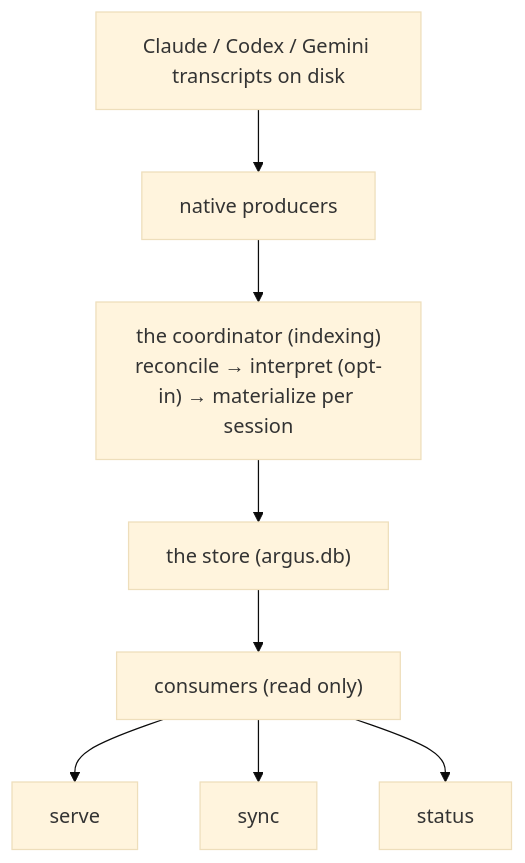
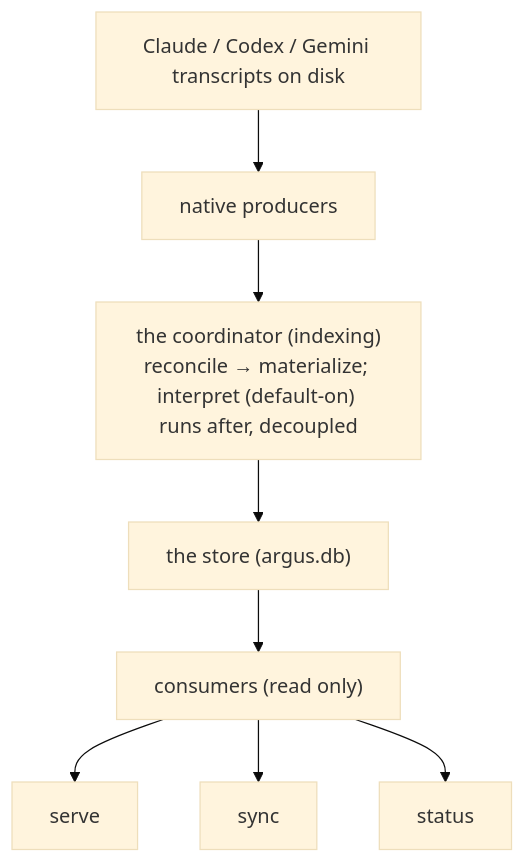
Before and after one commit to Agent-Deployment-Co/argus: the diagram in docs/internals/architecture.md, drawn with Mermaid (base theme). The commit also changed other lines of this file, not shown here.

First line of the commit message:
architecture.md: fix interpret framing, tables, sources; add desktop section

````diff
--- a/docs/internals/architecture.md
+++ b/docs/internals/architecture.md
@@ -6,16 +6,16 @@
 ```mermaid
 flowchart TD
   disk["Claude / Codex / Gemini transcripts on disk"]
   producers["native producers"]
-  coordinator["the coordinator (indexing)<br/>reconcile → interpret (opt-in) → materialize per session"]
+  coordinator["the coordinator (indexing)<br/>reconcile → materialize; interpret (default-on) runs after, decoupled"]
   store["the store (argus.db)"]
   consumers["consumers (read only)"]
   serve["serve"]
   sync["sync"]
   status["status"]
 
   disk --> producers --> coordinator --> store --> consumers
   consumers --> serve
   consumers --> sync
   consumers --> status
 ```
````
